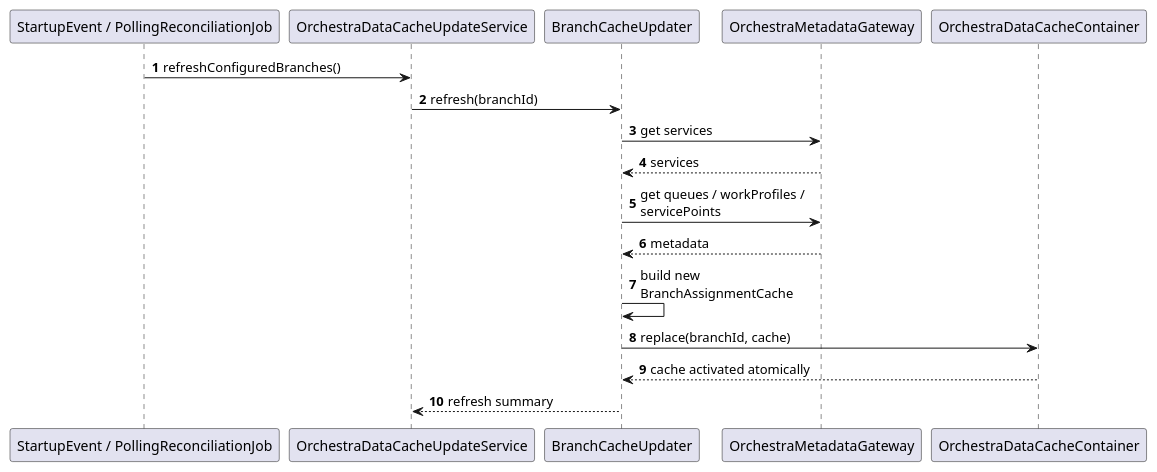
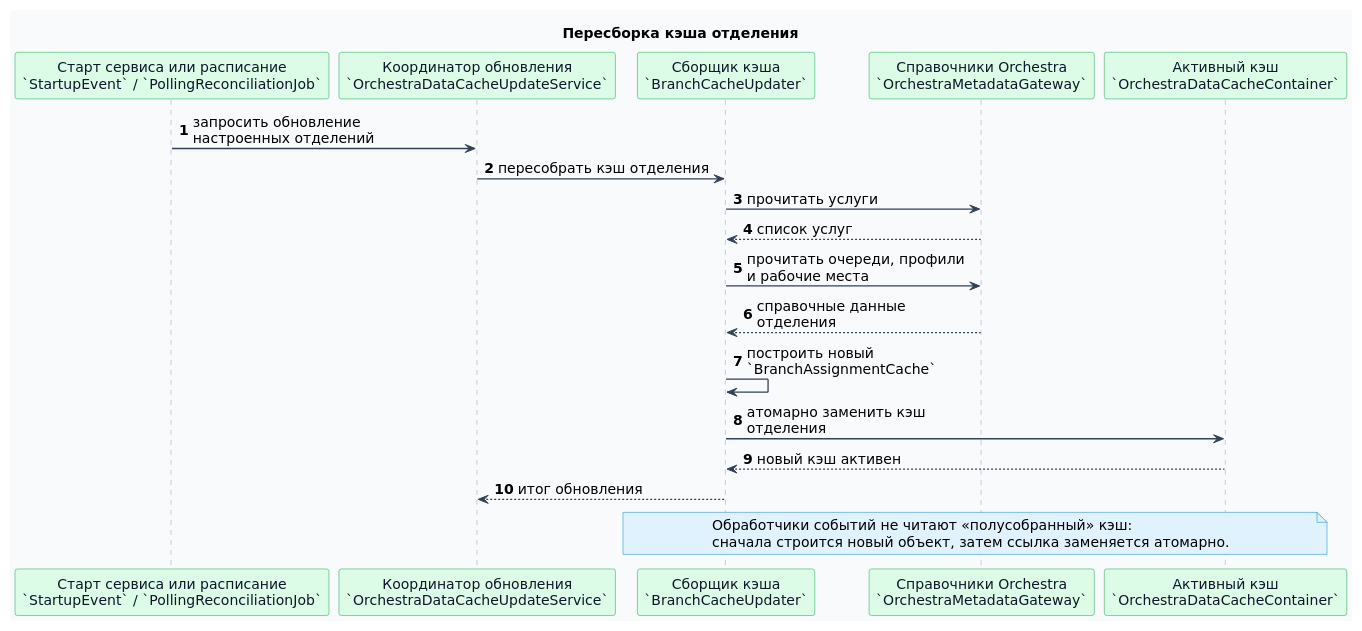
Before and after one commit to psokolov25/DoctorAssignment: the diagram in docs/plantuml/cache-refresh-sequence.puml, drawn with PlantUML. The commit also changed 15 other files, not shown here.

```diff
--- a/docs/plantuml/cache-refresh-sequence.puml
+++ b/docs/plantuml/cache-refresh-sequence.puml
@@ -1,23 +1,44 @@
 @startuml
+title Пересборка кэша отделения
+
+skinparam backgroundColor #F8FAFC
 skinparam shadowing false
 skinparam responseMessageBelowArrow true
-skinparam maxMessageSize 180
+skinparam defaultFontName "DejaVu Sans"
+skinparam defaultFontSize 14
+skinparam sequence {
+  ArrowColor #334155
+  ArrowThickness 1.3
+  LifeLineBorderColor #94A3B8
+  LifeLineBackgroundColor #E2E8F0
+  ParticipantBackgroundColor #DCFCE7
+  ParticipantBorderColor #16A34A
+  ParticipantFontColor #0F172A
+}
+skinparam NoteBackgroundColor #E0F2FE
+skinparam NoteBorderColor #0284C7
+skinparam maxMessageSize 230
 
 autonumber
-participant "StartupEvent / PollingReconciliationJob" as T
-participant "OrchestraDataCacheUpdateService" as U
-participant "BranchCacheUpdater" as B
-participant "OrchestraMetadataGateway" as G
-participant "OrchestraDataCacheContainer" as C
+participant "Старт сервиса или расписание\n`StartupEvent` / `PollingReconciliationJob`" as T
+participant "Координатор обновления\n`OrchestraDataCacheUpdateService`" as U
+participant "Сборщик кэша\n`BranchCacheUpdater`" as B
+participant "Справочники Orchestra\n`OrchestraMetadataGateway`" as G
+participant "Активный кэш\n`OrchestraDataCacheContainer`" as C
 
-T -> U : refreshConfiguredBranches()
-U -> B : refresh(branchId)
-B -> G : get services
-G --> B : services
-B -> G : get queues / workProfiles / servicePoints
-G --> B : metadata
-B -> B : build new BranchAssignmentCache
-B -> C : replace(branchId, cache)
-C --> B : cache activated atomically
-B --> U : refresh summary
+T -> U : запросить обновление настроенных отделений
+U -> B : пересобрать кэш отделения
+B -> G : прочитать услуги
+G --> B : список услуг
+B -> G : прочитать очереди, профили и рабочие места
+G --> B : справочные данные отделения
+B -> B : построить новый `BranchAssignmentCache`
+B -> C : атомарно заменить кэш отделения
+C --> B : новый кэш активен
+B --> U : итог обновления
+
+note over B,C
+  Обработчики событий не читают «полусобранный» кэш:
+  сначала строится новый объект, затем ссылка заменяется атомарно.
+end note
 @enduml
```
